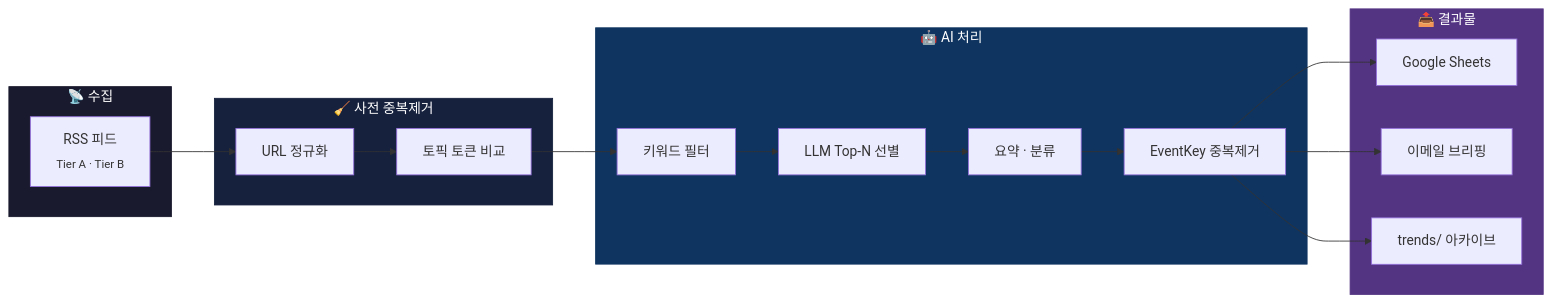
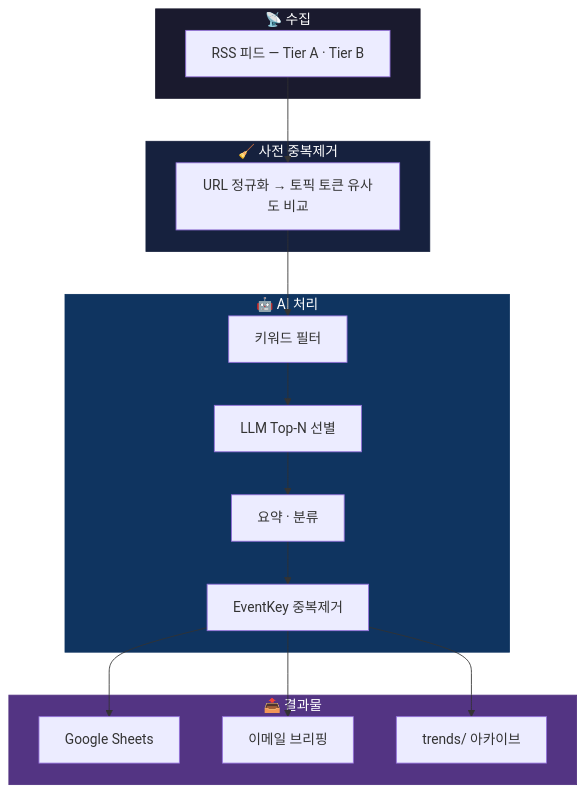
One commit to kipeum86/auto-newsbriefing changed the diagram in README_KO.md. Above: the diagram before and after it, drawn with Mermaid. The commit also changed 1 other file, not shown here.

Commit message:
docs: switch Mermaid diagrams to vertical layout for readability

````diff
--- a/README_KO.md
+++ b/README_KO.md
@@ -18,35 +18,32 @@
 ```mermaid
-graph LR
+graph TD
     subgraph Collect["📡 수집"]
-        A["RSS 피드<br/><sub>Tier A · Tier B</sub>"]
+        A["RSS 피드 — Tier A · Tier B"]
     end
 
     subgraph Dedup1["🧹 사전 중복제거"]
-        B["URL 정규화"]
-        C["토픽 토큰 비교"]
-        B --> C
+        B["URL 정규화 → 토픽 토큰 유사도 비교"]
     end
 
     subgraph AI["🤖 AI 처리"]
         D["키워드 필터"]
         E["LLM Top-N 선별"]
         F["요약 · 분류"]
         G["EventKey 중복제거"]
         D --> E --> F --> G
     end
 
     subgraph Output["📤 결과물"]
         H["Google Sheets"]
         I["이메일 브리핑"]
         J["trends/ 아카이브"]
     end
 
-    A --> B
-    C --> D
+    A --> B --> D
     G --> H & I & J
 
     style Collect fill:#1a1a2e,stroke:#1a1a2e,color:#fff
     style Dedup1 fill:#16213e,stroke:#16213e,color:#fff
     style AI fill:#0f3460,stroke:#0f3460,color:#fff
     style Output fill:#533483,stroke:#533483,color:#fff
 ```
````
